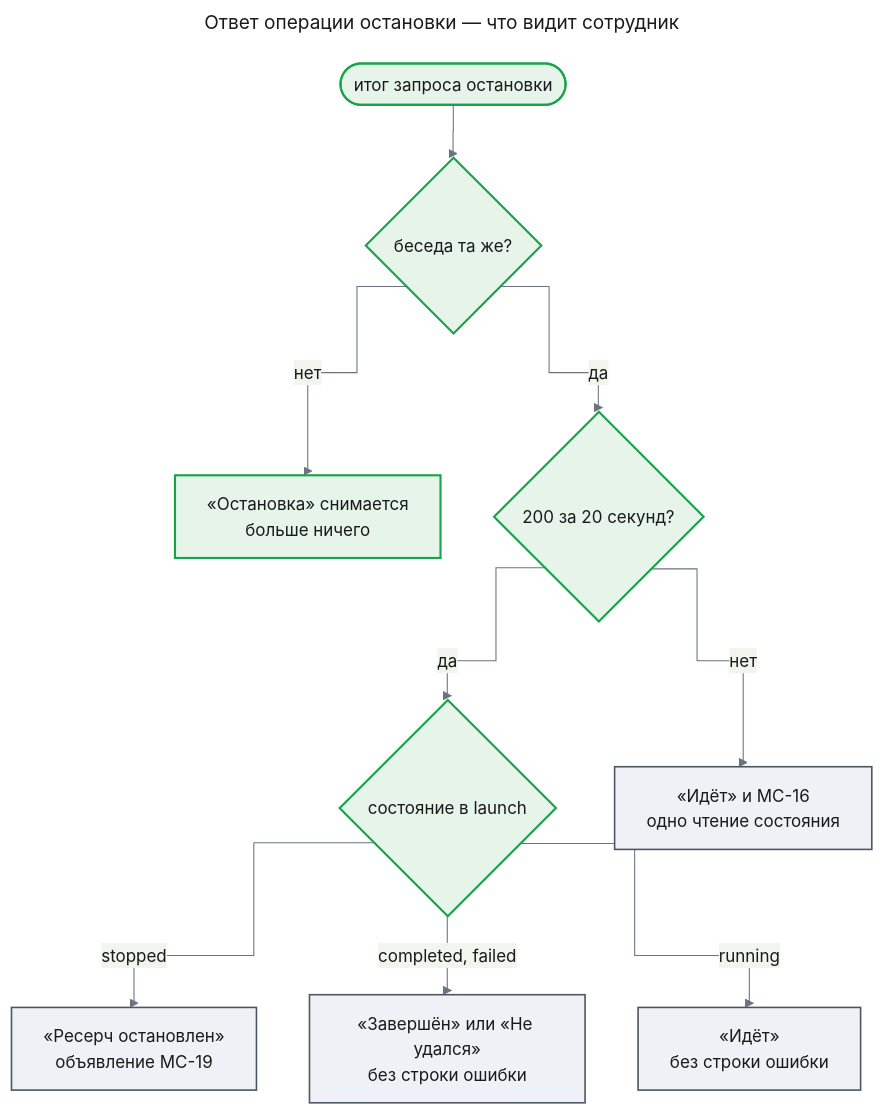
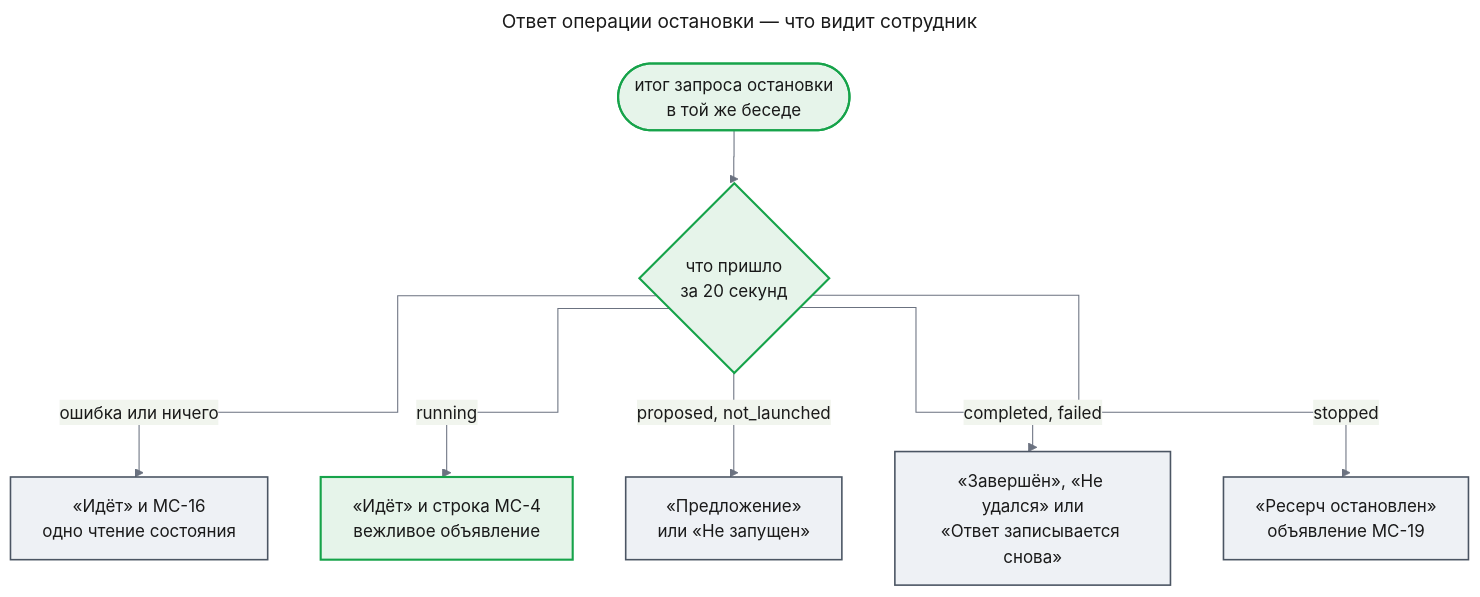
Before and after one commit to tundraray/agent-os: the ninth of 11 diagrams in docs/features/agent-quality/design-web.md, drawn with Mermaid. The commit also changed other lines of this file, not shown here.

Commit message:
docs: align web design with lifecycle schema and new UXRD card states

````diff
--- a/docs/features/agent-quality/design-web.md
+++ b/docs/features/agent-quality/design-web.md
@@ -543,37 +550,33 @@
 ```mermaid
 ---
 title: "Ответ операции остановки — что видит сотрудник"
 config:
   theme: base
   look: classic
   themeVariables:
     primaryColor: "#eef1f5"
     primaryBorderColor: "#4b5563"
     primaryTextColor: "#1a1a1a"
     lineColor: "#6b7280"
   flowchart:
     curve: step
 ---
 flowchart TB
-    reply(["итог запроса остановки"])
-    q0{"беседа та же?"}
-    gone["«Остановка» снимается<br/>больше ничего"]
-    q1{"200 за 20 секунд?"}
-    q2{"состояние в launch"}
+    reply(["итог запроса остановки<br/>в той же беседе"])
+    q2{"что пришло<br/>за 20 секунд"}
+    err["«Идёт» и MC-16<br/>одно чтение состояния"]
+    s3["«Идёт» и строка MC-4<br/>вежливое объявление"]
+    s4["«Предложение»<br/>или «Не запущен»"]
+    s2["«Завершён», «Не удался» или<br/>«Ответ записывается снова»"]
     s1["«Ресерч остановлен»<br/>объявление MC-19"]
-    s2["«Завершён» или «Не удался»<br/>без строки ошибки"]
-    s3["«Идёт»<br/>без строки ошибки"]
-    err["«Идёт» и MC-16<br/>одно чтение состояния"]
-    reply --> q0
-    q0 -->|"нет"| gone
-    q0 -->|"да"| q1
-    q1 -->|"нет"| err
-    q1 -->|"да"| q2
+    reply --> q2
+    q2 -->|"ошибка или ничего"| err
+    q2 -->|"running"| s3
+    q2 -->|"proposed, not_launched"| s4
+    q2 -->|"completed, failed"| s2
     q2 -->|"stopped"| s1
-    q2 -->|"completed, failed"| s2
-    q2 -->|"running"| s3
     classDef new fill:#e6f4ea,stroke:#16a34a,stroke-width:2px,color:#1a1a1a
     classDef unchanged fill:#eef1f5,stroke:#4b5563,stroke-width:1.5px,color:#1a1a1a
-    class reply,q0,gone,q1,q2 new
-    class s1,s2,s3,err unchanged
+    class reply,q2,s3 new
+    class s1,s2,s4,err unchanged
 ```
````
